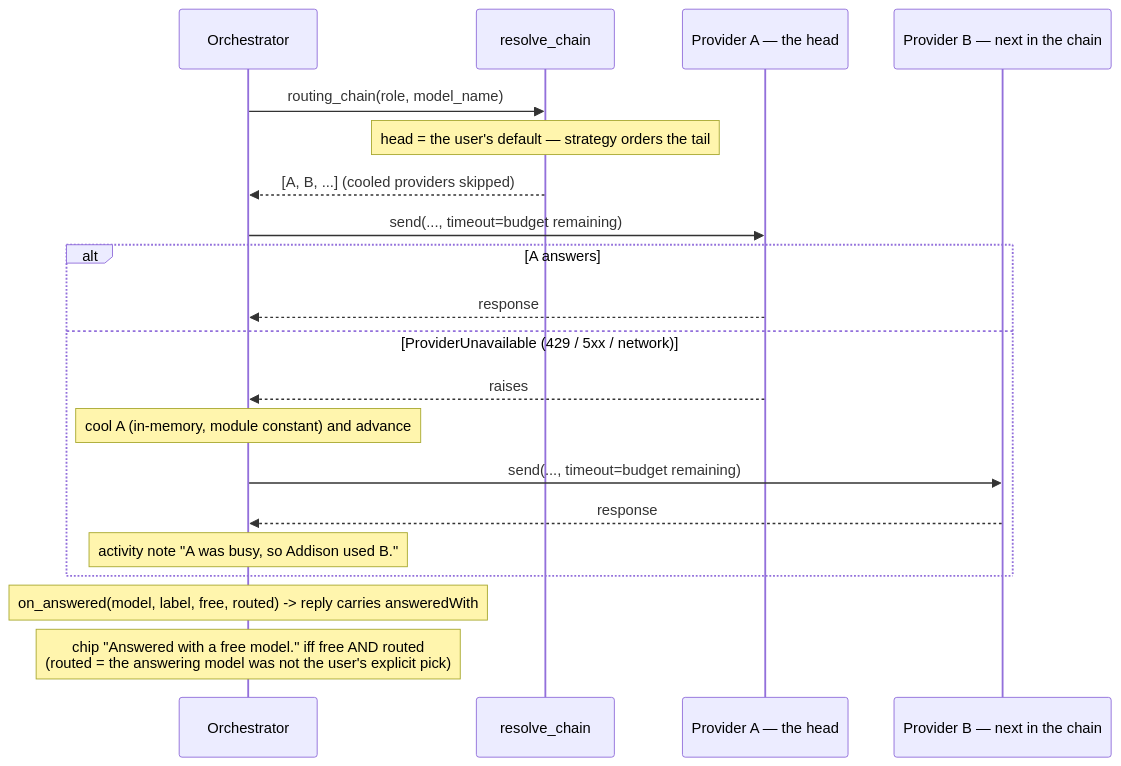
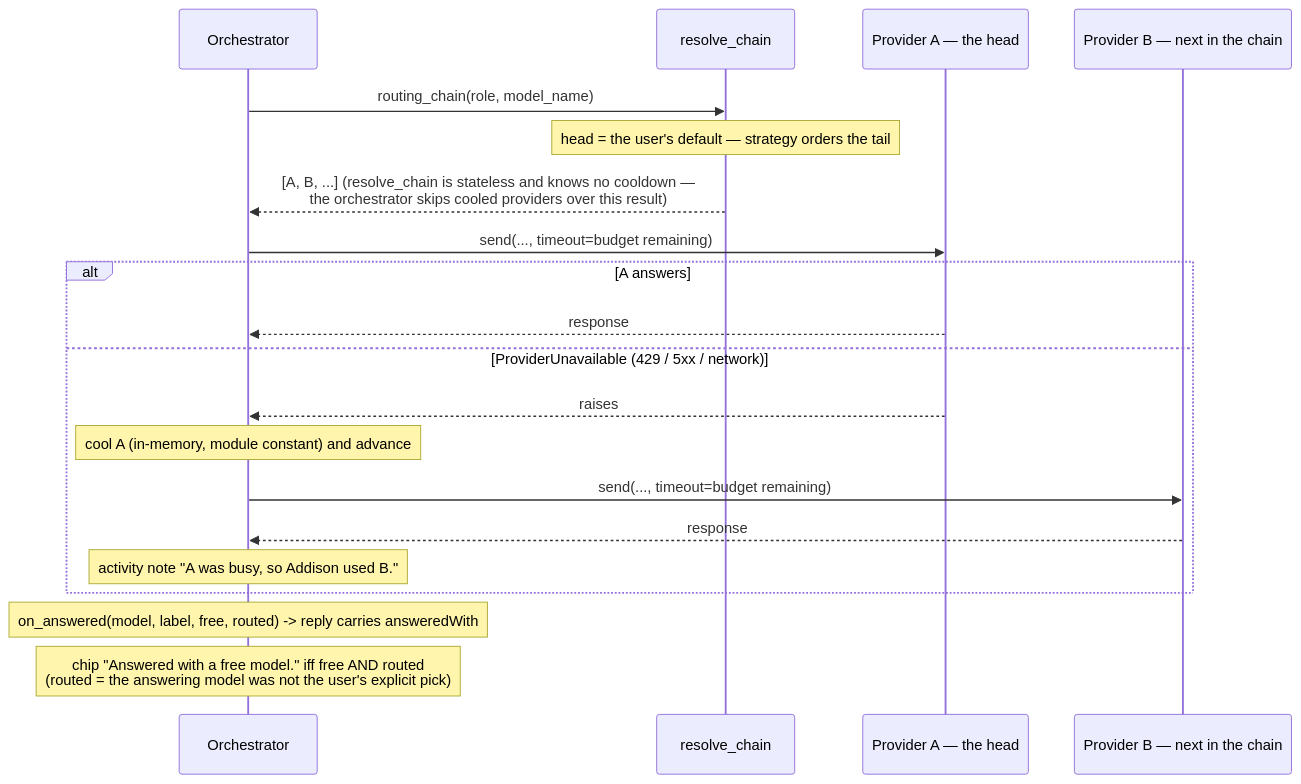
One commit to N041M/Addison changed diagram 14 of 15 in docs/flows.md. Above: the diagram before and after it, drawn with Mermaid. The commit also changed other lines of this file and 8 other files, not shown here.

````diff
--- a/docs/flows.md
+++ b/docs/flows.md
@@ -565,23 +571,23 @@
 ```mermaid
 sequenceDiagram
     participant ORC as Orchestrator
     participant RC as resolve_chain
     participant A as Provider A — the head
     participant B as Provider B — next in the chain
 
     ORC->>RC: routing_chain(role, model_name)
     Note over RC: head = the user's default — strategy orders the tail
-    RC-->>ORC: [A, B, ...] (cooled providers skipped)
+    RC-->>ORC: [A, B, ...] (resolve_chain is stateless and knows no cooldown —<br/>the orchestrator skips cooled providers over this result)
     ORC->>A: send(..., timeout=budget remaining)
     alt A answers
         A-->>ORC: response
     else ProviderUnavailable (429 / 5xx / network)
         A-->>ORC: raises
         Note over ORC: cool A (in-memory, module constant) and advance
         ORC->>B: send(..., timeout=budget remaining)
         B-->>ORC: response
         Note over ORC: activity note "A was busy, so Addison used B."
     end
     Note over ORC: on_answered(model, label, free, routed) -> reply carries answeredWith
     Note over ORC: chip "Answered with a free model." iff free AND routed<br/>(routed = the answering model was not the user's explicit pick)
 ```
````
